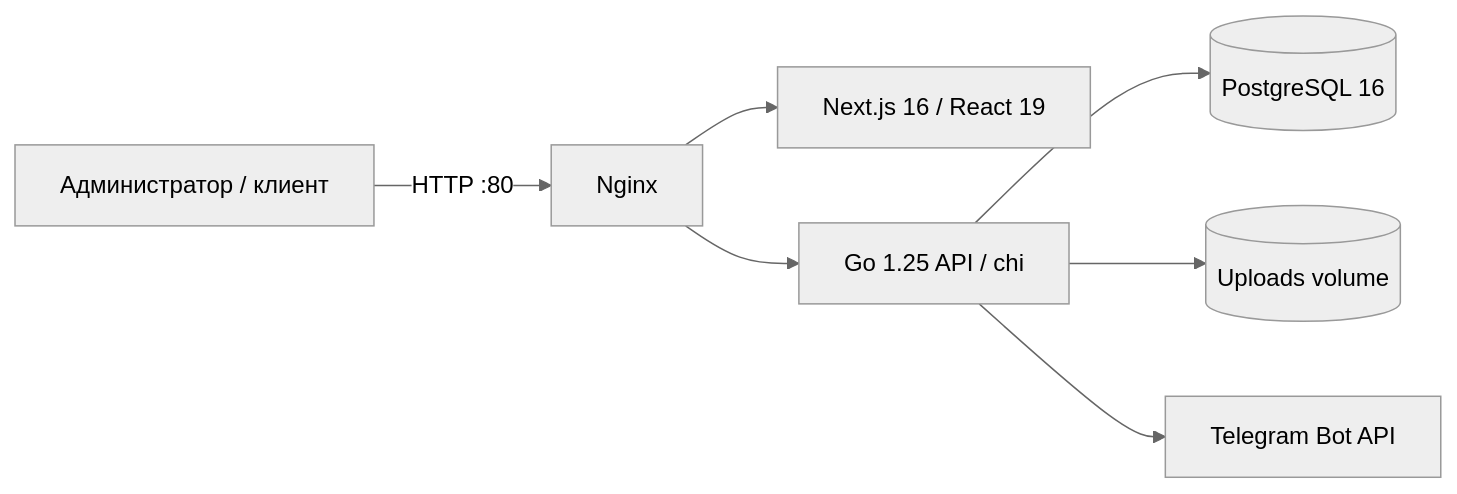
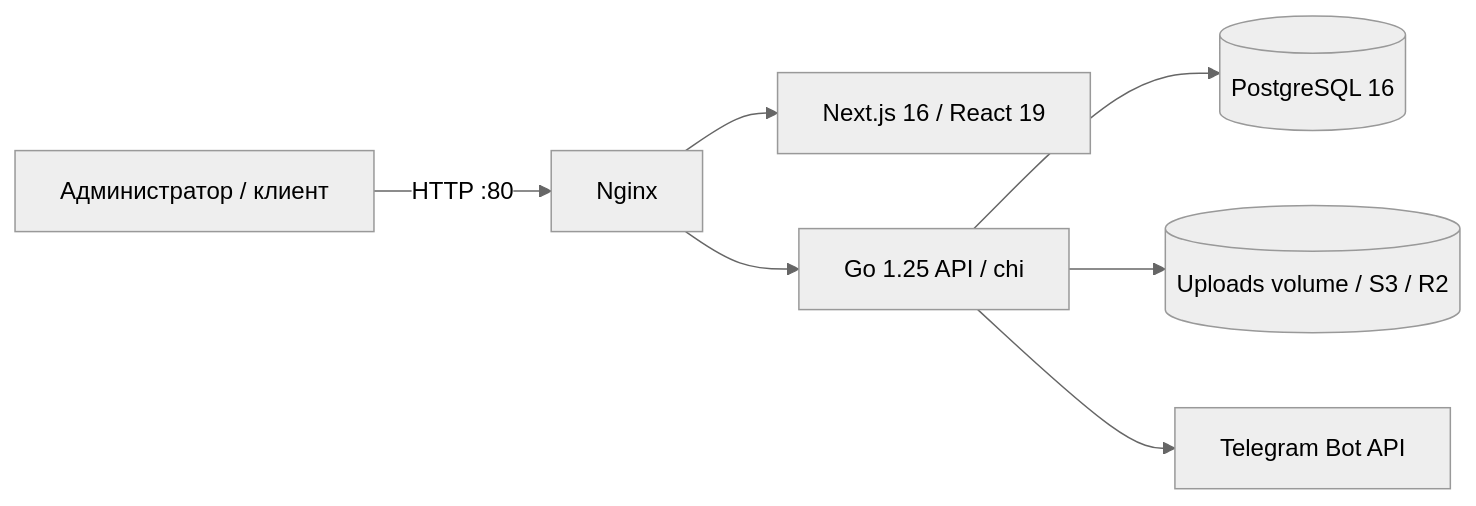
One commit to yuliitezarygml/3d-print changed the diagram in README.md. Above: the diagram before and after it, drawn with Mermaid (neutral theme). The commit also changed other lines of this file and 47 other files, not shown here.

````diff
--- a/README.md
+++ b/README.md
@@ -172,9 +179,9 @@
 ```mermaid
 flowchart LR
     U[Администратор / клиент] -->|HTTP :80| N[Nginx]
     N --> F[Next.js 16 / React 19]
     N --> B[Go 1.25 API / chi]
     B --> P[(PostgreSQL 16)]
-    B --> V[(Uploads volume)]
+    B --> V[(Uploads volume / S3 / R2)]
     B --> T[Telegram Bot API]
 ```
````
